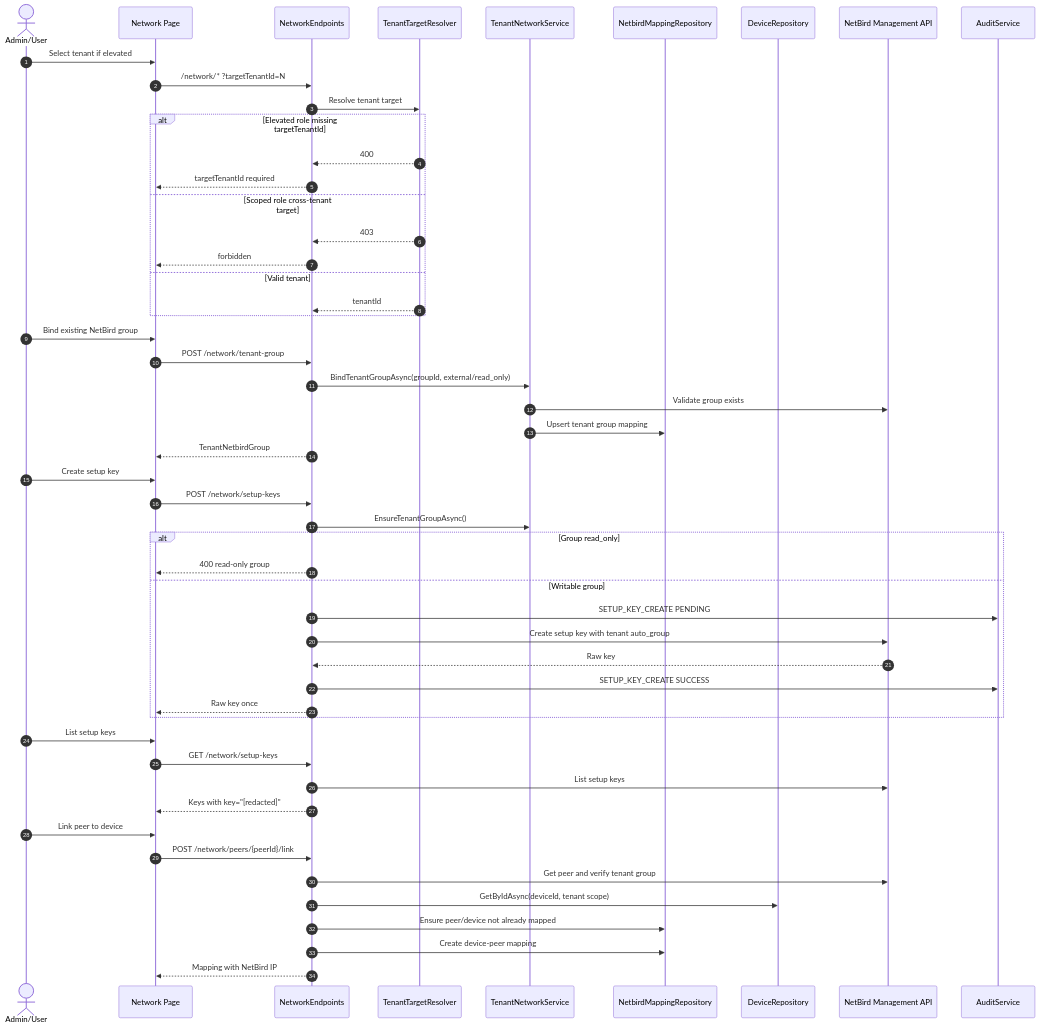
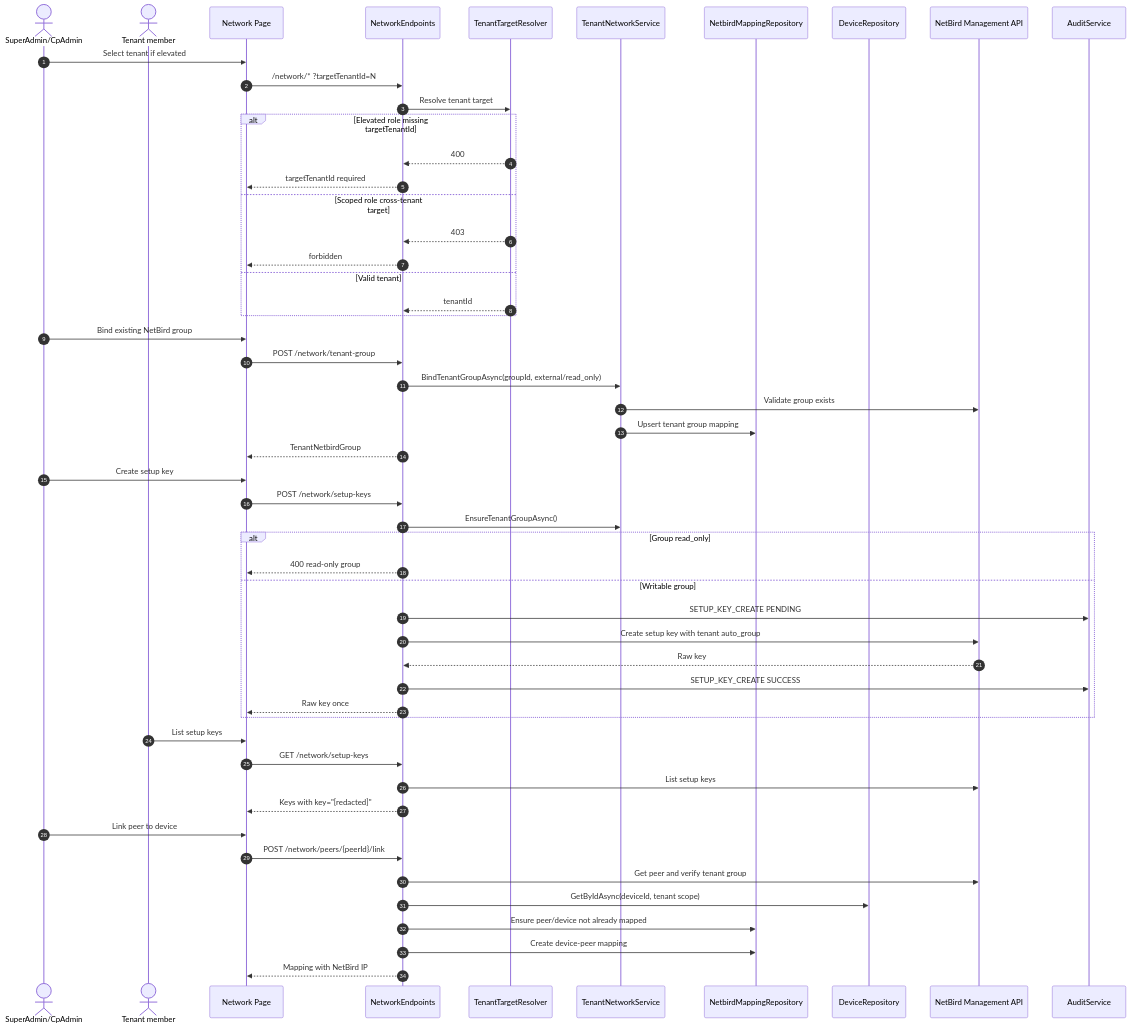
The diagram in diagrams/sequence/seq-03-netbird-onboarding.md (mahir-m01/NetLock-RMM-API-Layer), drawn with Mermaid before and after one commit. The commit also changed 6 other files, not shown here.

Commit message:
docs: refine UML accuracy and use-case styling

````diff
--- a/diagrams/sequence/seq-03-netbird-onboarding.md
+++ b/diagrams/sequence/seq-03-netbird-onboarding.md
@@ -3,59 +3,60 @@
 ```mermaid
 sequenceDiagram
     autonumber
-    actor Admin as Admin/User
+    actor Admin as SuperAdmin/CpAdmin
+    actor TenantMember as Tenant member
     participant Web as Network Page
     participant API as NetworkEndpoints
     participant Resolver as TenantTargetResolver
     participant Service as TenantNetworkService
     participant MapRepo as NetbirdMappingRepository
     participant DeviceRepo as DeviceRepository
     participant NetBird as NetBird Management API
     participant Audit as AuditService
 
     Admin->>Web: Select tenant if elevated
     Web->>API: /network/* ?targetTenantId=N
     API->>Resolver: Resolve tenant target
     alt Elevated role missing targetTenantId
         Resolver-->>API: 400
         API-->>Web: targetTenantId required
     else Scoped role cross-tenant target
         Resolver-->>API: 403
         API-->>Web: forbidden
     else Valid tenant
         Resolver-->>API: tenantId
     end
 
     Admin->>Web: Bind existing NetBird group
     Web->>API: POST /network/tenant-group
     API->>Service: BindTenantGroupAsync(groupId, external/read_only)
     Service->>NetBird: Validate group exists
     Service->>MapRepo: Upsert tenant group mapping
     API-->>Web: TenantNetbirdGroup
 
     Admin->>Web: Create setup key
     Web->>API: POST /network/setup-keys
     API->>Service: EnsureTenantGroupAsync()
     alt Group read_only
         API-->>Web: 400 read-only group
     else Writable group
         API->>Audit: SETUP_KEY_CREATE PENDING
         API->>NetBird: Create setup key with tenant auto_group
         NetBird-->>API: Raw key
         API->>Audit: SETUP_KEY_CREATE SUCCESS
         API-->>Web: Raw key once
     end
 
-    Admin->>Web: List setup keys
+    TenantMember->>Web: List setup keys
     Web->>API: GET /network/setup-keys
     API->>NetBird: List setup keys
     API-->>Web: Keys with key="[redacted]"
 
     Admin->>Web: Link peer to device
     Web->>API: POST /network/peers/{peerId}/link
     API->>NetBird: Get peer and verify tenant group
     API->>DeviceRepo: GetByIdAsync(deviceId, tenant scope)
     API->>MapRepo: Ensure peer/device not already mapped
     API->>MapRepo: Create device-peer mapping
     API-->>Web: Mapping with NetBird IP
 ```
````
